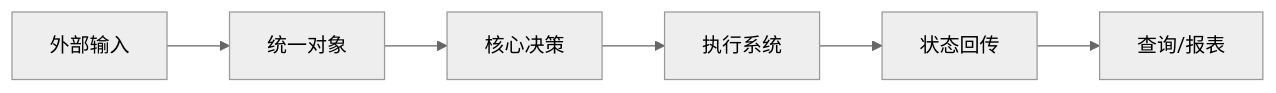
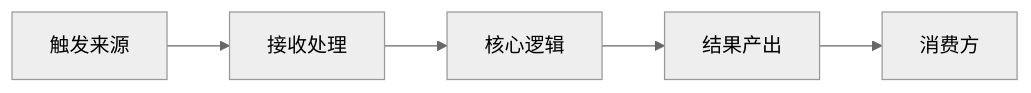
One commit to creekmoon/creekmoon-claude-skill changed the diagram in creekmoon-lightcone-readme/SKILL.md. Above: the diagram before and after it, drawn with Mermaid (neutral theme). The commit also changed other lines of this file, not shown here.

````diff
--- a/creekmoon-lightcone-readme/SKILL.md
+++ b/creekmoon-lightcone-readme/SKILL.md
@@ -163,8 +222,7 @@
 ```mermaid
 flowchart LR
-  A[外部输入] --> B[统一对象]
-  B --> C[核心决策]
-  C --> D[执行系统]
-  D --> E[状态回传]
-  E --> F[查询/报表]
+  A[触发来源] --> B[接收处理]
+  B --> C[核心逻辑]
+  C --> D[结果产出]
+  D --> E[消费方]
 ```
````
